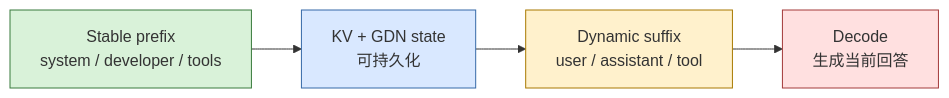
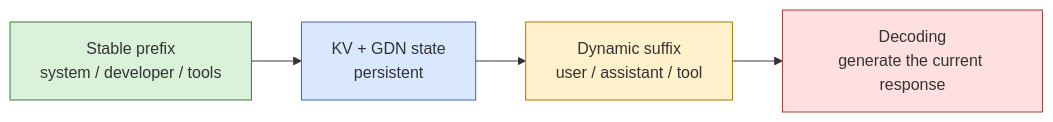
One commit to gbuisson/local-llm-kv-cache changed the second of 8 diagrams in DESIGN.md. Above: the diagram before and after it, drawn with Mermaid. The commit also changed other lines of this file and 2 other files, not shown here.

```diff
--- a/DESIGN.md
+++ b/DESIGN.md
@@ -74,11 +75,11 @@
 ~~~mermaid
 flowchart LR
-    A["Stable prefix<br/>system / developer / tools"] --> B["KV + GDN state<br/>可持久化"]
+    A["Stable prefix<br/>system / developer / tools"] --> B["KV + GDN state<br/>persistent"]
     B --> C["Dynamic suffix<br/>user / assistant / tool"]
-    C --> D["Decode<br/>生成当前回答"]
+    C --> D["Decoding<br/>generate the current response"]
 
     style A fill:#d9f2d9,stroke:#397a3c
     style B fill:#d9e8ff,stroke:#3569a8
     style C fill:#fff1cc,stroke:#a87900
     style D fill:#ffe0e0,stroke:#a33a3a
 ~~~
```
